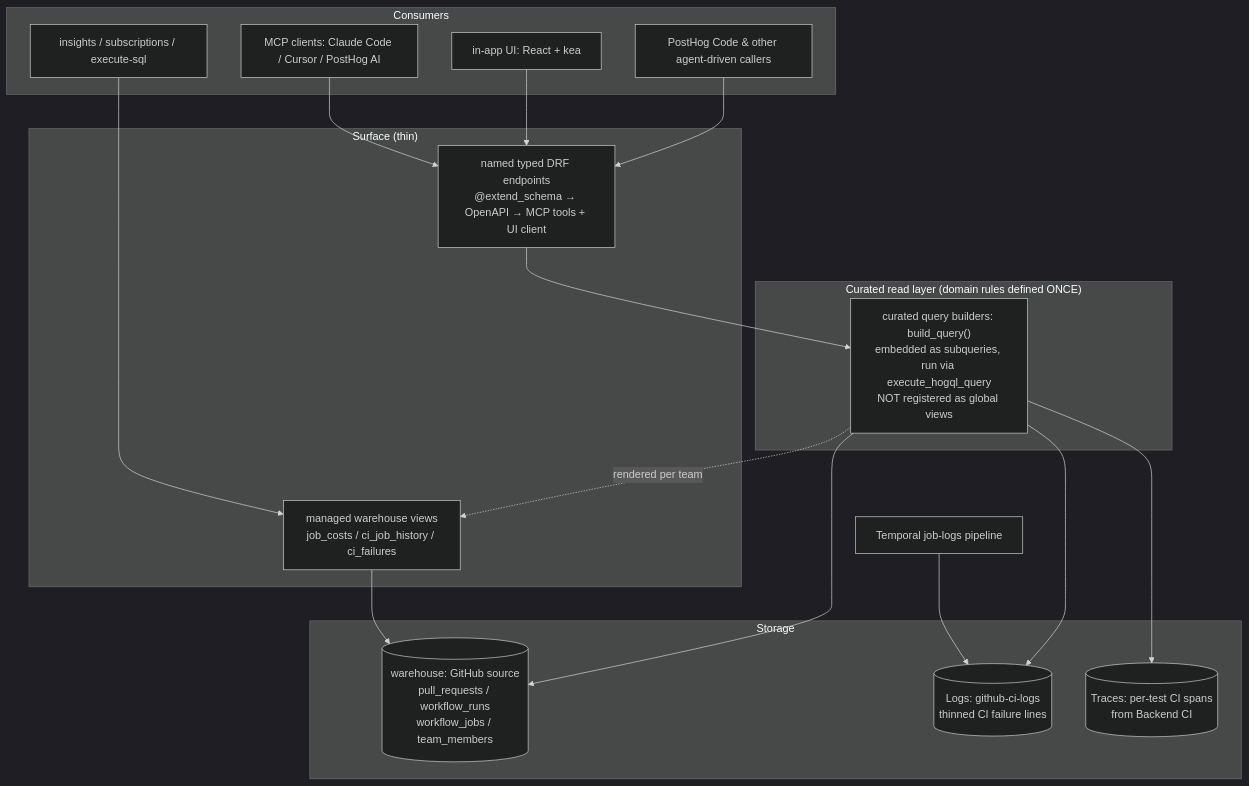
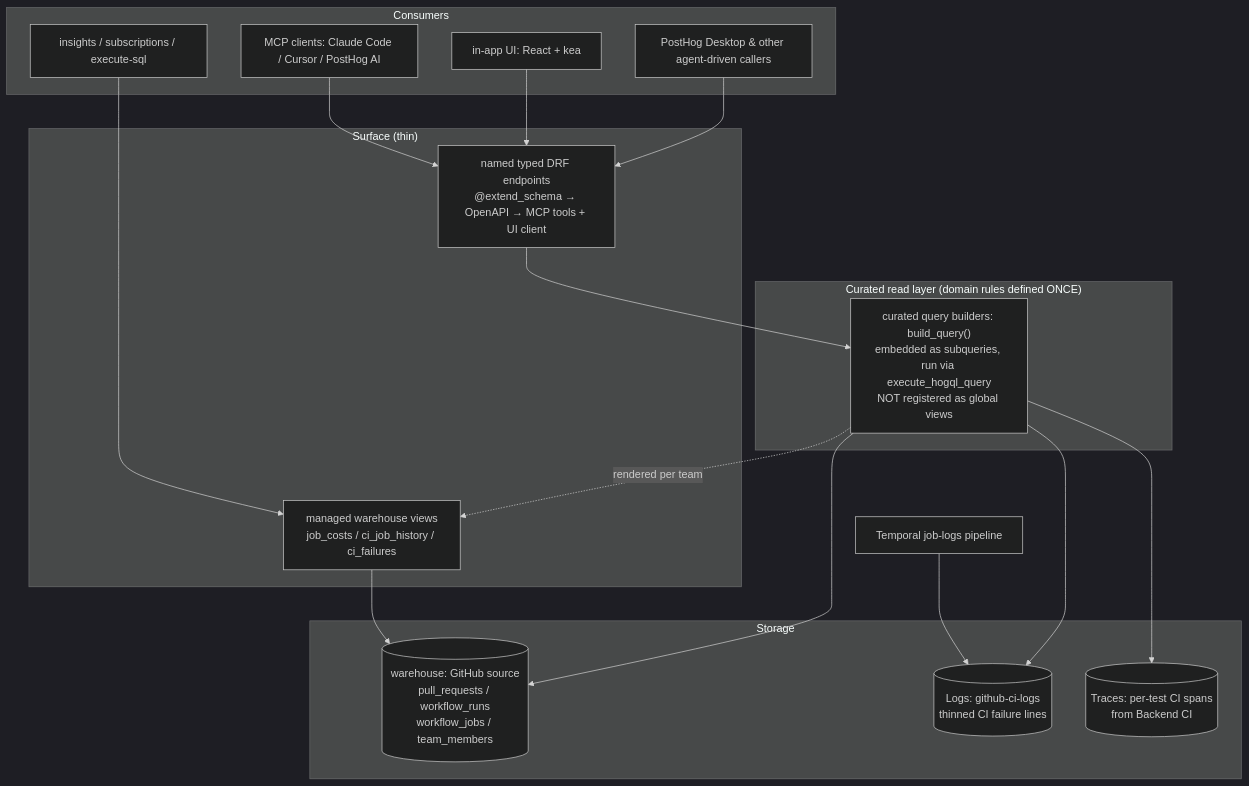
The diagram in products/engineering_analytics/SPEC.md (Bl4ckBl1zZ/posthog), drawn with Mermaid (dark theme) before and after one commit. The commit also changed other lines of this file and 3621 other files, not shown here.

First line of the commit message:
chore(sync): merge PostHog upstream through 5fc557a81a (#17)

````diff
--- a/products/engineering_analytics/SPEC.md
+++ b/products/engineering_analytics/SPEC.md
@@ -28,36 +28,36 @@
 ```mermaid
 graph TB
     subgraph Consumers
         MCP["MCP clients: Claude Code / Cursor / PostHog AI"]
         UI["in-app UI: React + kea"]
-        Other["PostHog Code & other agent-driven callers"]
+        Other["PostHog Desktop & other agent-driven callers"]
         SQL["insights / subscriptions / execute-sql"]
     end
 
     subgraph "Surface (thin)"
         Endpoints["named typed DRF endpoints<br/>@extend_schema → OpenAPI → MCP tools + UI client"]
         WV["managed warehouse views<br/>job_costs / ci_job_history / ci_failures"]
     end
 
     subgraph "Curated read layer (domain rules defined ONCE)"
         Sys["curated query builders: build_query()<br/>embedded as subqueries, run via execute_hogql_query<br/>NOT registered as global views"]
     end
 
     subgraph Storage
         WH[("warehouse: GitHub source<br/>pull_requests / workflow_runs<br/>workflow_jobs / team_members")]
         LOGS[("Logs: github-ci-logs<br/>thinned CI failure lines")]
         TRACES[("Traces: per-test CI spans<br/>from Backend CI")]
     end
 
     JL["Temporal job-logs pipeline"] --> LOGS
     MCP --> Endpoints
     UI --> Endpoints
     Other --> Endpoints
     SQL --> WV
     Endpoints --> Sys
     Sys -. "rendered per team" .-> WV
     WV --> WH
     Sys --> WH
     Sys --> LOGS
     Sys --> TRACES
 ```
````
